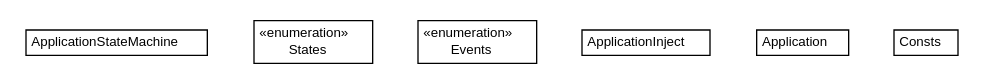
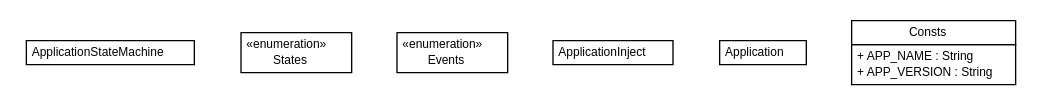
One commit to ericpinet/ConnectLife changed the diagram in javadoc/coreserver/com/connectlife/coreserver/com.connectlife.coreserver.dot. Above: the diagram before and after it, drawn with Graphviz. The commit also changed 432 other files, not shown here.

```diff
--- a/javadoc/coreserver/com/connectlife/coreserver/com.connectlife.coreserver.dot
+++ b/javadoc/coreserver/com/connectlife/coreserver/com.connectlife.coreserver.dot
@@ -1,50 +1,54 @@
 #!/usr/local/bin/dot
 #
 # Class diagram 
 # Generated by UMLGraph version 5.1 (http://www.umlgraph.org/)
 #
 
 digraph G {
 	edge [fontname="Helvetica",fontsize=10,labelfontname="Helvetica",labelfontsize=10];
 	node [fontname="Helvetica",fontsize=10,shape=plaintext];
 	nodesep=0.25;
 	ranksep=0.5;
 	// com.connectlife.coreserver.ApplicationStateMachine
 	c127 [label=<<table title="com.connectlife.coreserver.ApplicationStateMachine" border="0" cellborder="1" cellspacing="0" cellpadding="2" port="p" href="./ApplicationStateMachine.html">
 		<tr><td><table border="0" cellspacing="0" cellpadding="1">
 <tr><td align="center" balign="center"> ApplicationStateMachine </td></tr>
 		</table></td></tr>
-		</table>>, fontname="Helvetica", fontcolor="black", fontsize=10.0];
+		</table>>, fontname="Helvetica", fontcolor="black", fontsize=9.0];
 	// com.connectlife.coreserver.ApplicationStateMachine.States
 	c128 [label=<<table title="com.connectlife.coreserver.ApplicationStateMachine.States" border="0" cellborder="1" cellspacing="0" cellpadding="2" port="p" href="./ApplicationStateMachine.States.html">
 		<tr><td><table border="0" cellspacing="0" cellpadding="1">
 <tr><td align="center" balign="center"> &#171;enumeration&#187; </td></tr>
 <tr><td align="center" balign="center"> States </td></tr>
 		</table></td></tr>
-		</table>>, fontname="Helvetica", fontcolor="black", fontsize=10.0];
+		</table>>, fontname="Helvetica", fontcolor="black", fontsize=9.0];
 	// com.connectlife.coreserver.ApplicationStateMachine.Events
 	c129 [label=<<table title="com.connectlife.coreserver.ApplicationStateMachine.Events" border="0" cellborder="1" cellspacing="0" cellpadding="2" port="p" href="./ApplicationStateMachine.Events.html">
 		<tr><td><table border="0" cellspacing="0" cellpadding="1">
 <tr><td align="center" balign="center"> &#171;enumeration&#187; </td></tr>
 <tr><td align="center" balign="center"> Events </td></tr>
 		</table></td></tr>
-		</table>>, fontname="Helvetica", fontcolor="black", fontsize=10.0];
+		</table>>, fontname="Helvetica", fontcolor="black", fontsize=9.0];
 	// com.connectlife.coreserver.ApplicationInject
 	c130 [label=<<table title="com.connectlife.coreserver.ApplicationInject" border="0" cellborder="1" cellspacing="0" cellpadding="2" port="p" href="./ApplicationInject.html">
 		<tr><td><table border="0" cellspacing="0" cellpadding="1">
 <tr><td align="center" balign="center"> ApplicationInject </td></tr>
 		</table></td></tr>
-		</table>>, fontname="Helvetica", fontcolor="black", fontsize=10.0];
+		</table>>, fontname="Helvetica", fontcolor="black", fontsize=9.0];
 	// com.connectlife.coreserver.Application
 	c131 [label=<<table title="com.connectlife.coreserver.Application" border="0" cellborder="1" cellspacing="0" cellpadding="2" port="p" href="./Application.html">
 		<tr><td><table border="0" cellspacing="0" cellpadding="1">
 <tr><td align="center" balign="center"> Application </td></tr>
 		</table></td></tr>
-		</table>>, fontname="Helvetica", fontcolor="black", fontsize=10.0];
+		</table>>, fontname="Helvetica", fontcolor="black", fontsize=9.0];
 	// com.connectlife.coreserver.Consts
 	c132 [label=<<table title="com.connectlife.coreserver.Consts" border="0" cellborder="1" cellspacing="0" cellpadding="2" port="p" href="./Consts.html">
 		<tr><td><table border="0" cellspacing="0" cellpadding="1">
 <tr><td align="center" balign="center"> Consts </td></tr>
 		</table></td></tr>
-		</table>>, fontname="Helvetica", fontcolor="black", fontsize=10.0];
+		<tr><td><table border="0" cellspacing="0" cellpadding="1">
+<tr><td align="left" balign="left"> + APP_NAME : String </td></tr>
+<tr><td align="left" balign="left"> + APP_VERSION : String </td></tr>
+		</table></td></tr>
+		</table>>, fontname="Helvetica", fontcolor="black", fontsize=9.0];
 }
```
